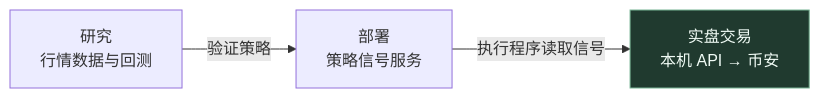
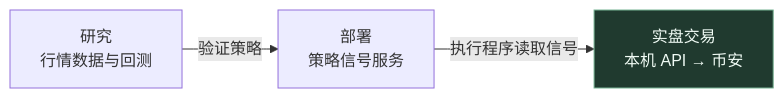
The diagram in README.md (CueFleet/event-contract-skill), drawn with Mermaid before and after one commit.

Commit message:
Give the flow diagram room for GitHub viewer controls

````diff
--- a/README.md
+++ b/README.md
@@ -23,10 +23,16 @@
 ```mermaid
+---
+config:
+  flowchart:
+    diagramPadding: 60
+    rankSpacing: 32
+---
 flowchart LR
     research["研究<br/>行情数据与回测"]
     deploy["部署<br/>策略信号服务"]
     live["实盘交易<br/>本机 API → 币安"]
     research -->|验证策略| deploy
     deploy -->|执行程序读取信号| live
     classDef livePhase fill:#203a2f,stroke:#77b394,color:#f0fbf5
     class live livePhase
 ```
````
